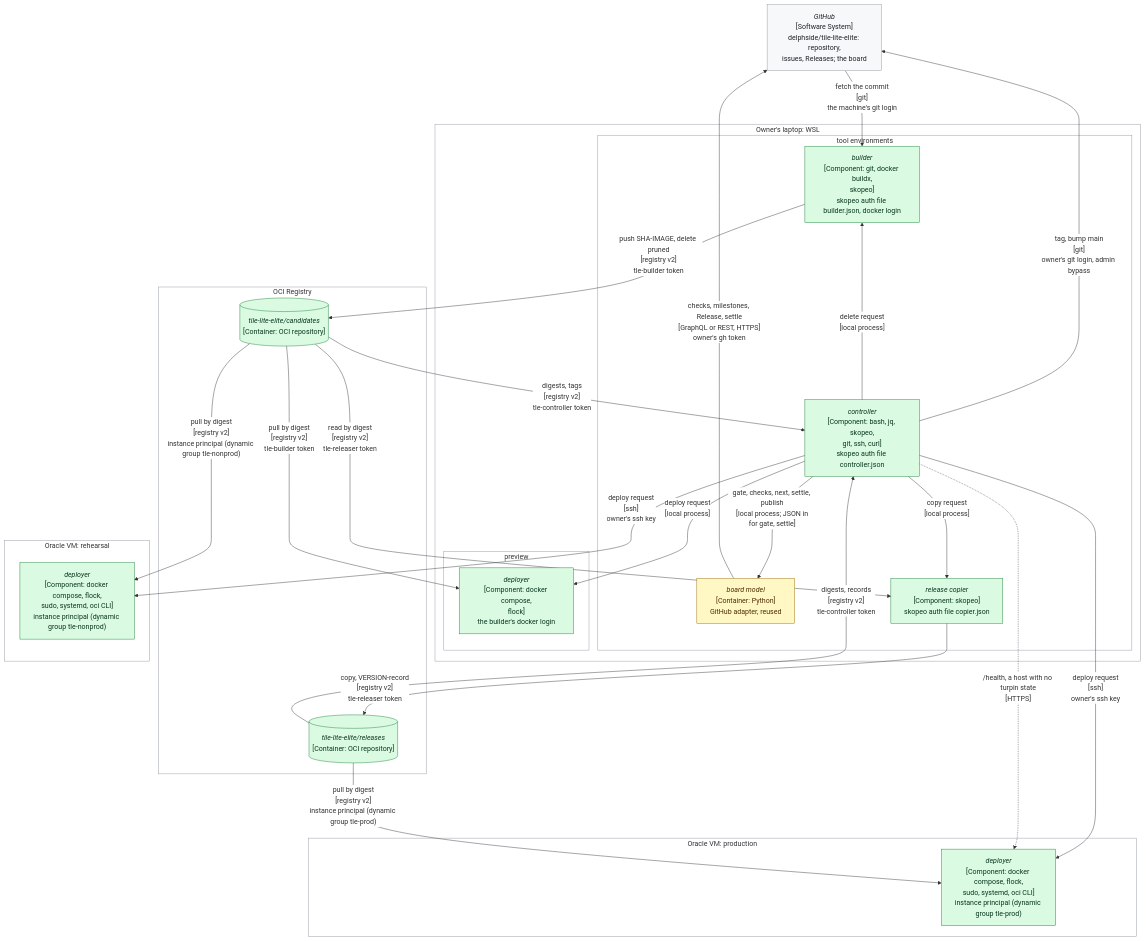
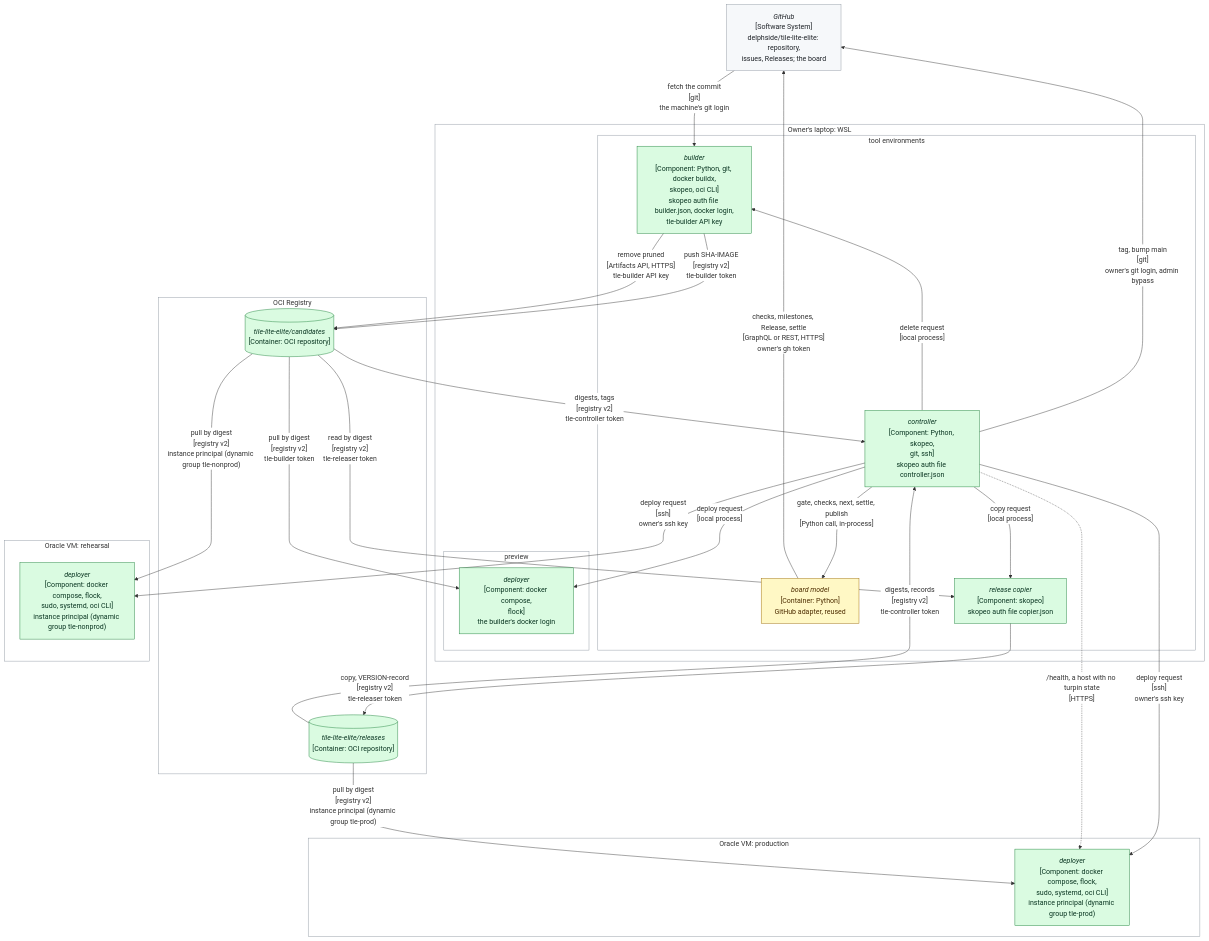
One commit to delphside/programme changed the ninth of 10 diagrams in records/2.5-changes/programme-tooling/117-generic-deliver-tool/design.md. Above: the diagram before and after it, drawn with Mermaid. The commit also changed other lines of this file, not shown here.

First line of the commit message:
Change 117: Python controller and the layered OCIR adapter (draft)

````diff
--- a/records/2.5-changes/programme-tooling/117-generic-deliver-tool/design.md
+++ b/records/2.5-changes/programme-tooling/117-generic-deliver-tool/design.md
@@ -1179,50 +1367,51 @@
 ```mermaid
 %%{init: {"themeVariables": {"clusterBkg": "#ffffff", "clusterBorder": "#8c959f", "edgeLabelBackground": "#ffffff"}}}%%
 flowchart TB
   GH["<i>GitHub</i><br>[Software System]<br>delphside/tile-lite-elite: repository,<br>issues, Releases; the board"]
   subgraph LAPTOP["Owner's laptop: WSL"]
     subgraph TOOLS["tool environments"]
-      CTL["<i>controller</i><br>[Component: bash, jq, skopeo,<br>git, ssh, curl]<br>skopeo auth file controller.json"]
+      CTL["<i>controller</i><br>[Component: Python, skopeo,<br>git, ssh]<br>skopeo auth file controller.json"]
       BM["<i>board model</i><br>[Container: Python]<br>GitHub adapter, reused"]
-      BLD["<i>builder</i><br>[Component: git, docker buildx,<br>skopeo]<br>skopeo auth file builder.json, docker login"]
+      BLD["<i>builder</i><br>[Component: Python, git, docker buildx,<br>skopeo, oci CLI]<br>skopeo auth file builder.json, docker login,<br>tle-builder API key"]
       COPY["<i>release copier</i><br>[Component: skopeo]<br>skopeo auth file copier.json"]
     end
     subgraph PREV["preview"]
       DEPP["<i>deployer</i><br>[Component: docker compose,<br>flock]<br>the builder's docker login"]
     end
   end
   subgraph OCIR["OCI Registry"]
     CAND[("<i>tile-lite-elite/candidates</i><br>[Container: OCI repository]")]
     REL[("<i>tile-lite-elite/releases</i><br>[Container: OCI repository]")]
   end
   subgraph REHVM["Oracle VM: rehearsal"]
     DEPR["<i>deployer</i><br>[Component: docker compose, flock,<br>sudo, systemd, oci CLI]<br>instance principal (dynamic group tle-nonprod)"]
   end
   subgraph PRODVM["Oracle VM: production"]
     DEPX["<i>deployer</i><br>[Component: docker compose, flock,<br>sudo, systemd, oci CLI]<br>instance principal (dynamic group tle-prod)"]
   end
   GH -->|"fetch the commit<br>[git]<br>the machine's git login"| BLD
-  CTL -->|"gate, checks, next, settle, publish<br>[local process; JSON in<br>for gate, settle]"| BM
+  CTL -->|"gate, checks, next, settle, publish<br>[Python call, in-process]"| BM
   BM -->|"checks, milestones, Release, settle<br>[GraphQL or REST, HTTPS]<br>owner's gh token"| GH
   CTL -->|"tag, bump main<br>[git]<br>owner's git login, admin bypass"| GH
-  BLD -->|"push SHA-IMAGE, delete pruned<br>[registry v2]<br>tle-builder token"| CAND
+  BLD -->|"push SHA-IMAGE<br>[registry v2]<br>tle-builder token"| CAND
+  BLD -->|"remove pruned<br>[Artifacts API, HTTPS]<br>tle-builder API key"| CAND
   CAND -->|"digests, tags<br>[registry v2]<br>tle-controller token"| CTL
   REL -->|"digests, records<br>[registry v2]<br>tle-controller token"| CTL
   CTL -->|"delete request<br>[local process]"| BLD
   CTL -->|"copy request<br>[local process]"| COPY
   CAND -->|"read by digest<br>[registry v2]<br>tle-releaser token"| COPY
   COPY -->|"copy, VERSION-record<br>[registry v2]<br>tle-releaser token"| REL
   CTL -->|"deploy request<br>[local process]"| DEPP
   CTL -->|"deploy request<br>[ssh]<br>owner's ssh key"| DEPR
   CTL -->|"deploy request<br>[ssh]<br>owner's ssh key"| DEPX
   CTL -.->|"/health, a host with no turpin state<br>[HTTPS]"| DEPX
   CAND -->|"pull by digest<br>[registry v2]<br>tle-builder token"| DEPP
   CAND -->|"pull by digest<br>[registry v2]<br>instance principal (dynamic group tle-nonprod)"| DEPR
   REL -->|"pull by digest<br>[registry v2]<br>instance principal (dynamic group tle-prod)"| DEPX
   classDef unchanged    fill:#f6f8fa,stroke:#8c959f,color:#1f2328
   classDef new          fill:#dafbe1,stroke:#1a7f37,color:#0a3622
   classDef changed      fill:#fff8c5,stroke:#9a6700,color:#4d2d00
   class CTL,BLD,COPY,DEPP,DEPR,DEPX,CAND,REL new
   class BM changed
   class GH unchanged
 ```
````
